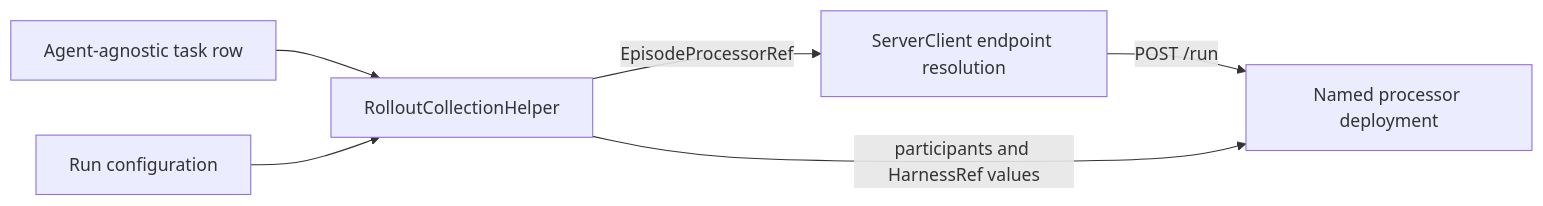
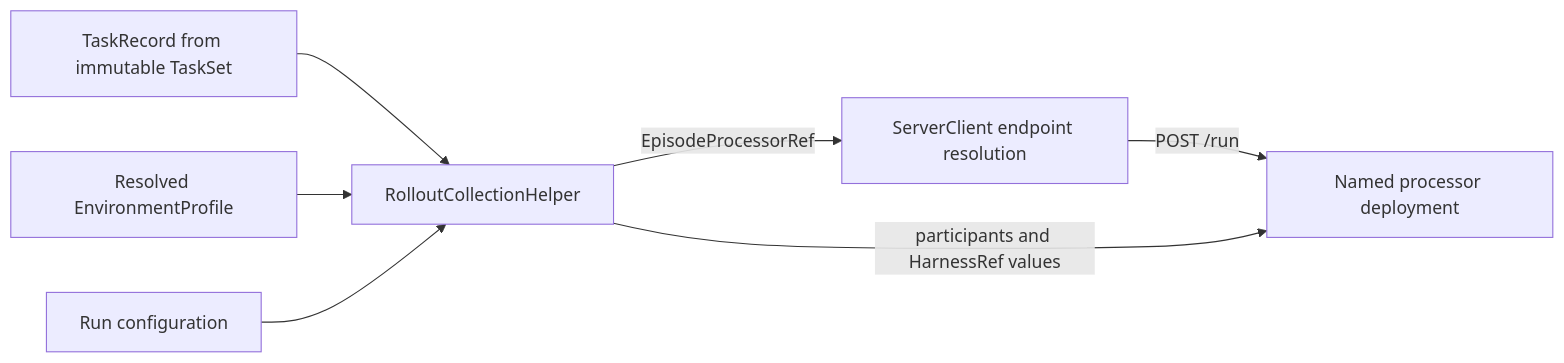
Before and after one commit to ananthsub/Gym: the eighth of 13 diagrams in investigations/episode-orchestration-design.md, drawn with Mermaid. The commit also changed other lines of this file and 3 other files, not shown here.

Commit message:
docs(investigations): rebuild episode architecture proposal

````diff
--- a/investigations/episode-orchestration-design.md
+++ b/investigations/episode-orchestration-design.md
@@ -231,8 +451,9 @@
 ```mermaid
 flowchart LR
-    Dataset["Agent-agnostic task row"] --> Materialize["RolloutCollectionHelper"]
+    Dataset["TaskRecord from immutable TaskSet"] --> Materialize["RolloutCollectionHelper"]
+    Environment["Resolved EnvironmentProfile"] --> Materialize
     RunConfig["Run configuration"] --> Materialize
     Materialize -->|"EpisodeProcessorRef"| Resolve["ServerClient endpoint resolution"]
     Resolve -->|"POST /run"| Pool["Named processor deployment"]
     Materialize -->|"participants and HarnessRef values"| Pool
 ```
````
